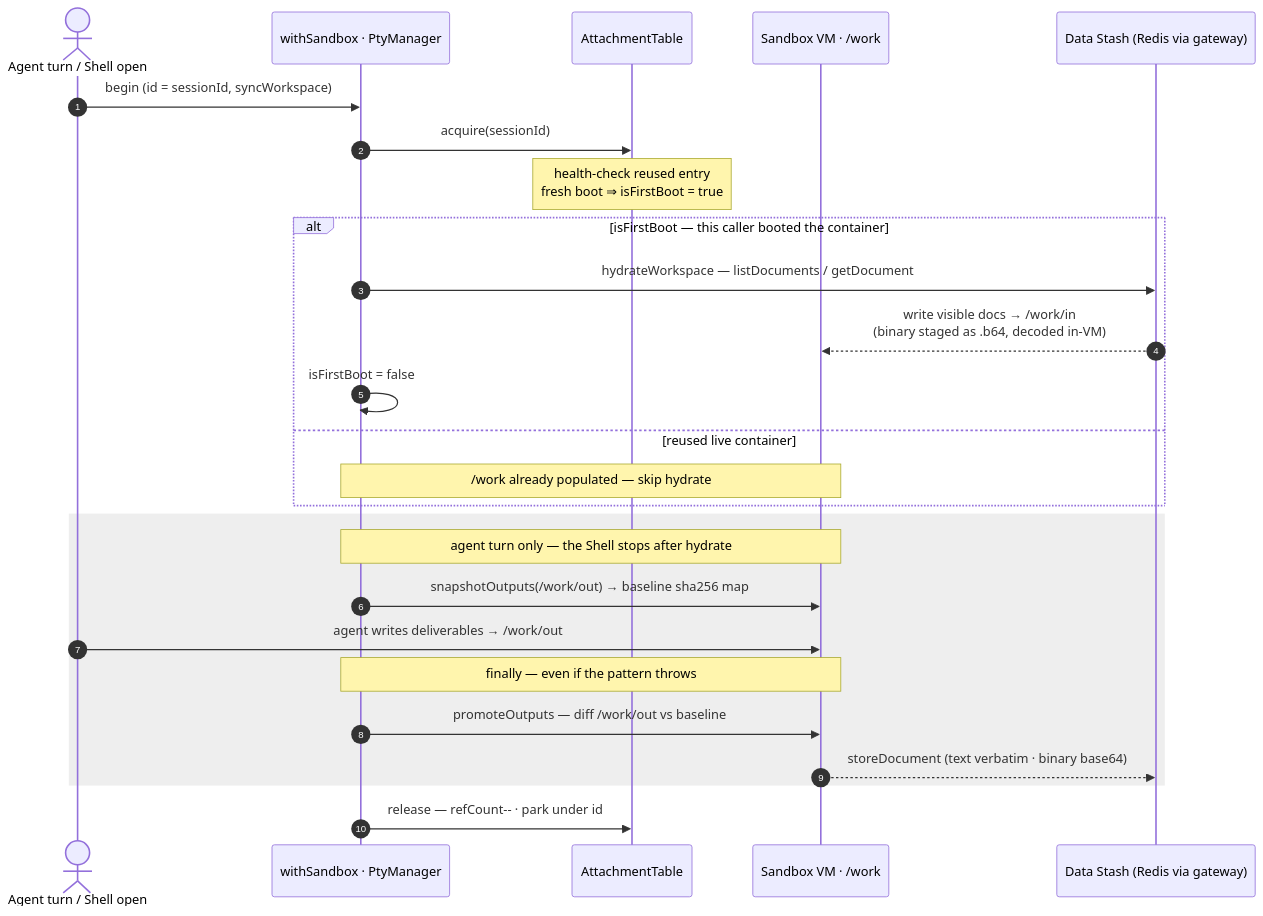
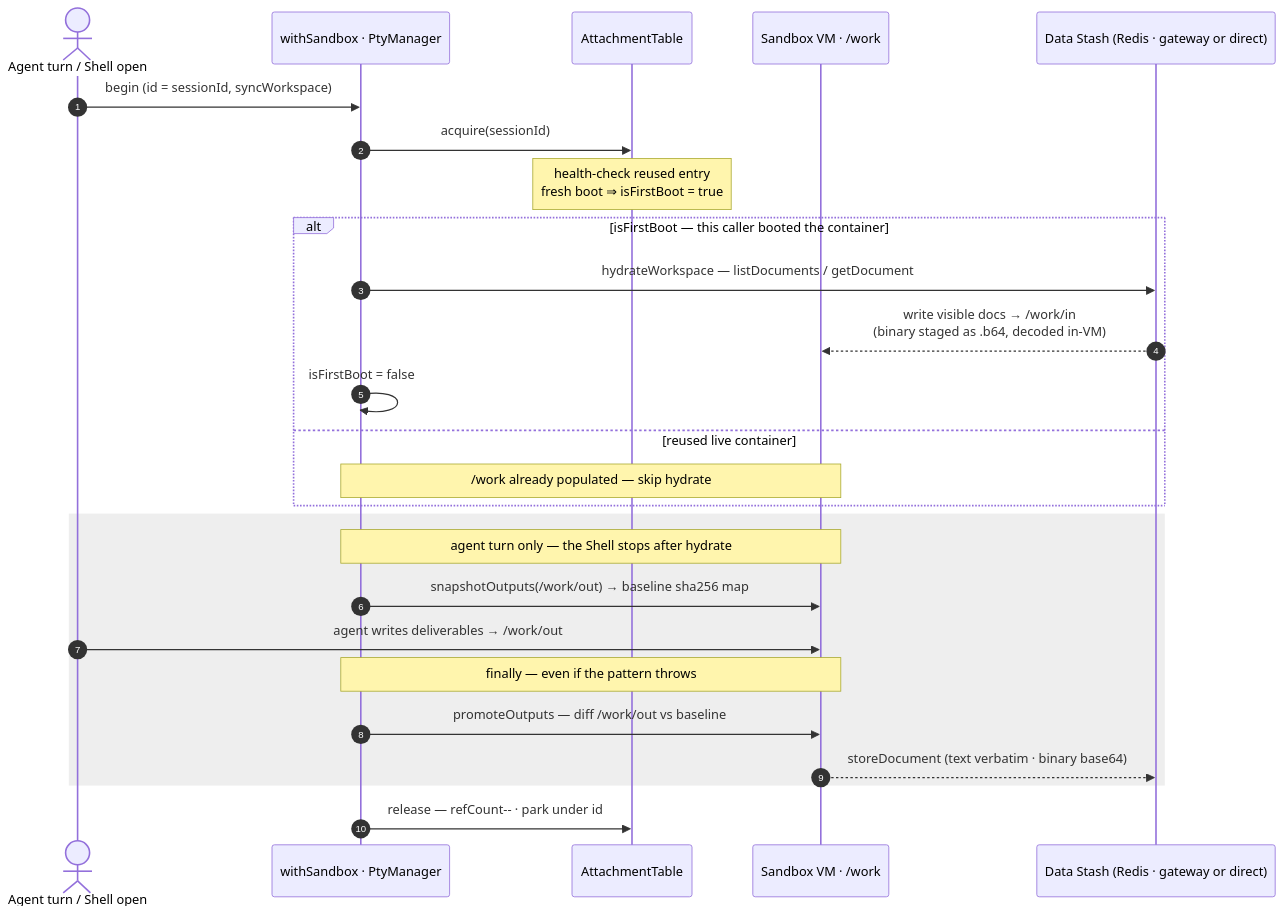
Before and after one commit to mknw/harness-playground: the third of 4 diagrams in docs/data-flow.md, drawn with Mermaid. The commit also changed other lines of this file, not shown here.

First line of the commit message:
docs(data-flow): reflect direct-Redis + markdown chunking (#111)

````diff
--- a/docs/data-flow.md
+++ b/docs/data-flow.md
@@ -180,31 +195,31 @@
 ```mermaid
 sequenceDiagram
     autonumber
     actor A as Agent turn / Shell open
     participant WS as withSandbox · PtyManager
     participant AT as AttachmentTable
     participant VM as Sandbox VM · /work
-    participant DS as Data Stash (Redis via gateway)
+    participant DS as Data Stash (Redis · gateway or direct)
 
     A->>WS: begin (id = sessionId, syncWorkspace)
     WS->>AT: acquire(sessionId)
     Note over AT: health-check reused entry<br/>fresh boot ⇒ isFirstBoot = true
     alt isFirstBoot — this caller booted the container
         WS->>DS: hydrateWorkspace — listDocuments / getDocument
         DS-->>VM: write visible docs → /work/in<br/>(binary staged as .b64, decoded in-VM)
         WS->>WS: isFirstBoot = false
     else reused live container
         Note over WS,VM: /work already populated — skip hydrate
     end
 
     rect rgb(238,238,238)
         Note over WS,VM: agent turn only — the Shell stops after hydrate
         WS->>VM: snapshotOutputs(/work/out) → baseline sha256 map
         A->>VM: agent writes deliverables → /work/out
         Note over WS,VM: finally — even if the pattern throws
         WS->>VM: promoteOutputs — diff /work/out vs baseline
         VM-->>DS: storeDocument (text verbatim · binary base64)
     end
 
     WS->>AT: release — refCount-- · park under id
 ```
````
